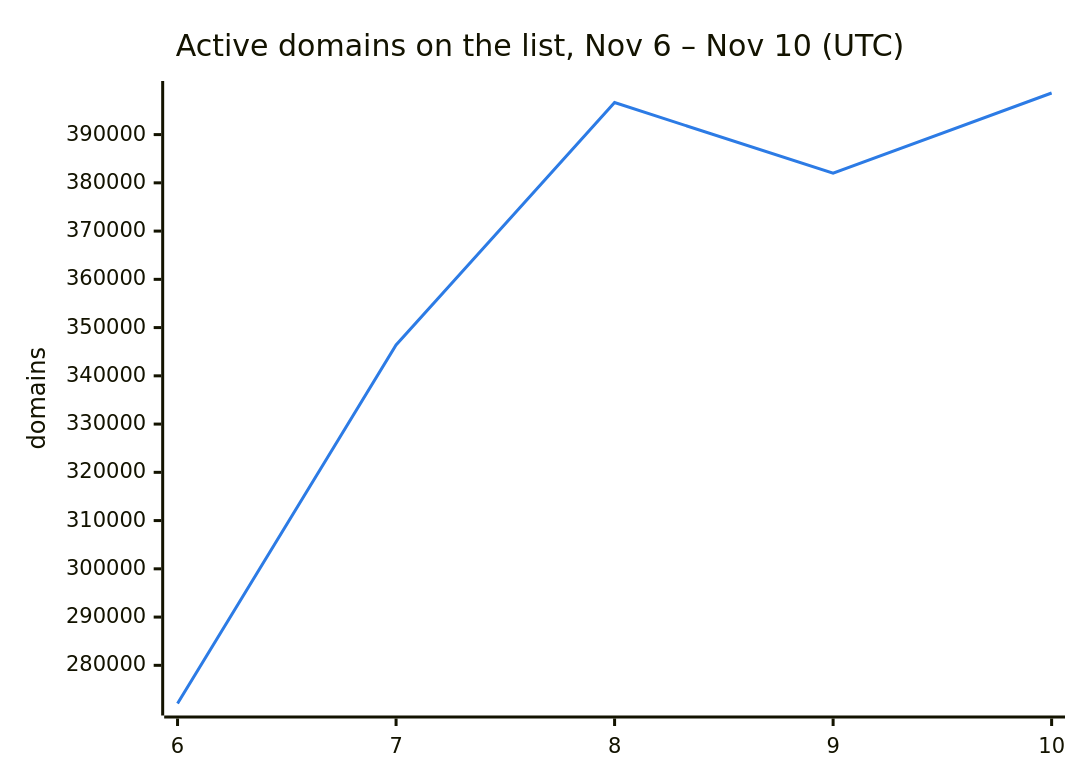
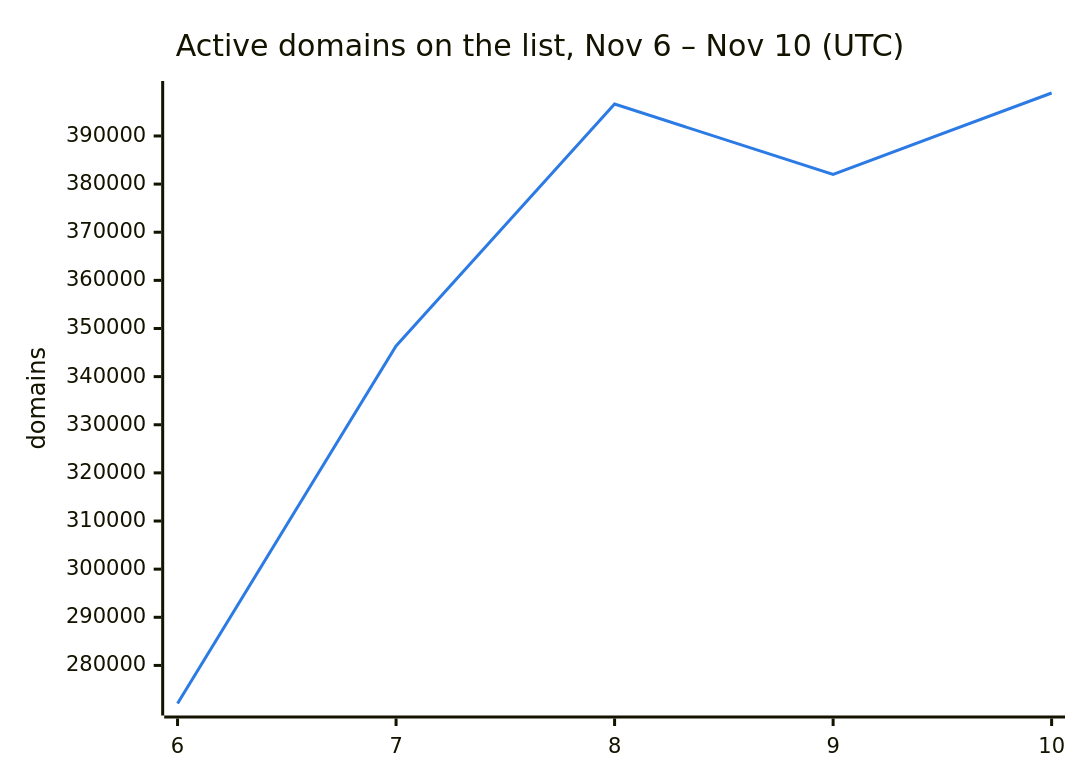
Before and after one commit to DNSBunker/CTI: the second of 3 diagrams in README.md, drawn with Mermaid. The commit also changed other lines of this file and 3 other files, not shown here.

````diff
--- a/README.md
+++ b/README.md
@@ -38,8 +38,8 @@
 ```mermaid
 %%{init: {"themeVariables": {"xyChart": {"plotColorPalette": "#2c7be5"}}}}%%
 xychart-beta
     title "Active domains on the list, Nov 6 – Nov 10 (UTC)"
     x-axis ["6", "7", "8", "9", "10"]
     y-axis "domains"
-    line [272088, 346388, 396638, 382009, 398621]
+    line [272088, 346388, 396638, 382009, 398927]
 ```
````
